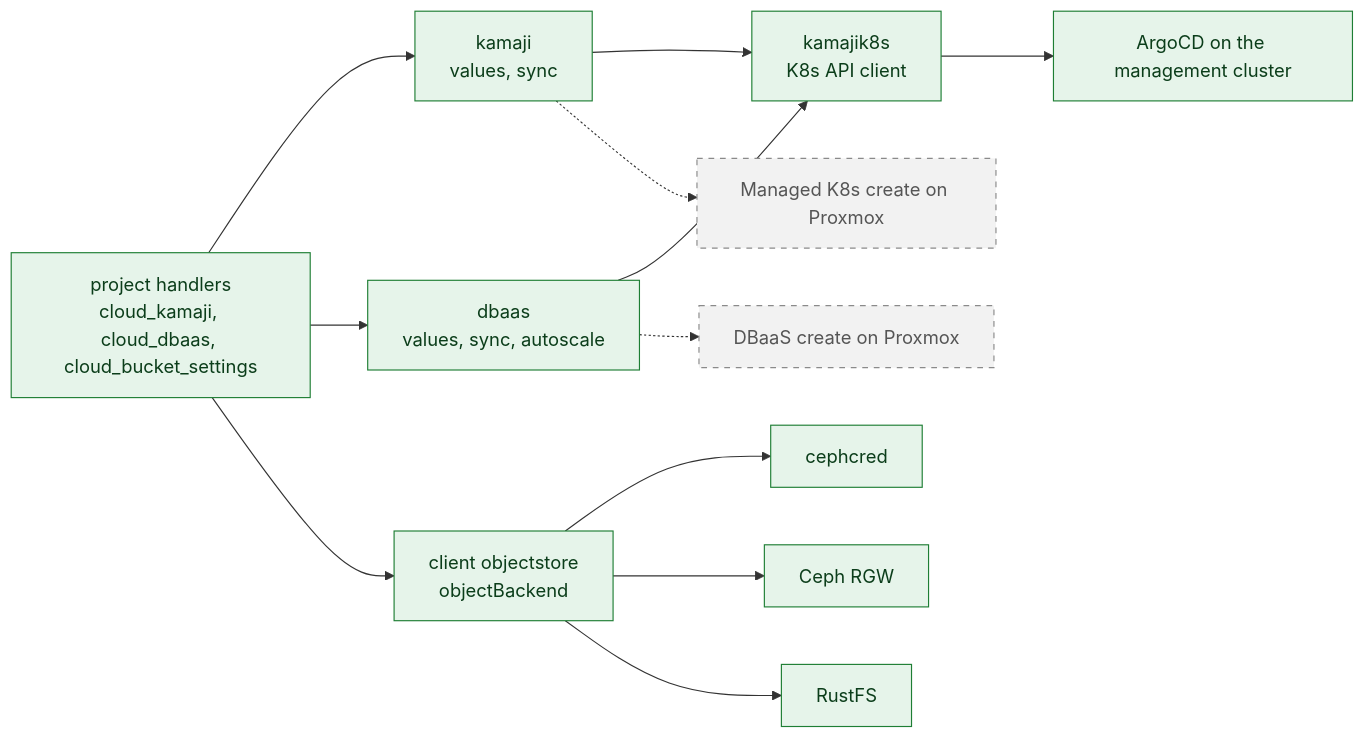
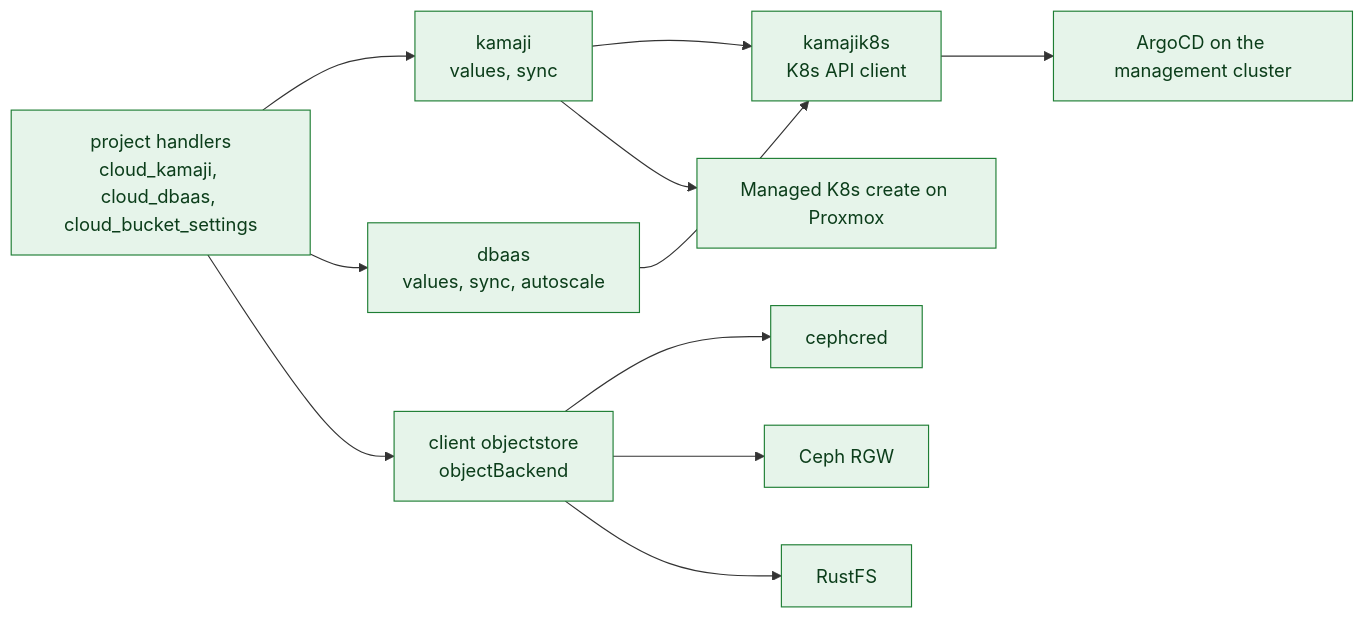
The fifth of 5 diagrams in docs/architecture/c4/c3-components.md (mutex-solutions/proxcloud), drawn with Mermaid before and after one commit. The commit also changed other lines of this file and 10 other files, not shown here.

Commit message:
docs: document managed Kubernetes on Proxmox and split mode

````diff
--- a/docs/architecture/c4/c3-components.md
+++ b/docs/architecture/c4/c3-components.md
@@ -278,29 +278,27 @@
 ```mermaid
 flowchart LR
   classDef impl fill:#e6f4ea,stroke:#1e7e34,color:#0b3d1a
   classDef planned fill:#f2f2f2,stroke:#8a8a8a,stroke-dasharray:5 5,color:#555555
 
   ph["project handlers<br/>cloud_kamaji, cloud_dbaas, cloud_bucket_settings"]:::impl
   kam["kamaji<br/>values, sync"]:::impl
   dba["dbaas<br/>values, sync, autoscale"]:::impl
   k8s["kamajik8s<br/>K8s API client"]:::impl
   obj["client objectstore<br/>objectBackend"]:::impl
   ccred["cephcred"]:::impl
   argo["ArgoCD on the management cluster"]:::impl
   rgw["Ceph RGW"]:::impl
-  pvek8s["Managed K8s create on Proxmox"]:::planned
-  pvedb["DBaaS create on Proxmox"]:::planned
+  pvek8s["Managed K8s create on Proxmox"]:::impl
   rustfs["RustFS"]:::impl
 
   ph --> kam
   ph --> dba
   ph --> obj
   kam --> k8s
   dba --> k8s
   k8s --> argo
   obj --> ccred
   obj --> rgw
-  kam -.-> pvek8s
-  dba -.-> pvedb
+  kam --> pvek8s
   obj --> rustfs
 ```
````
